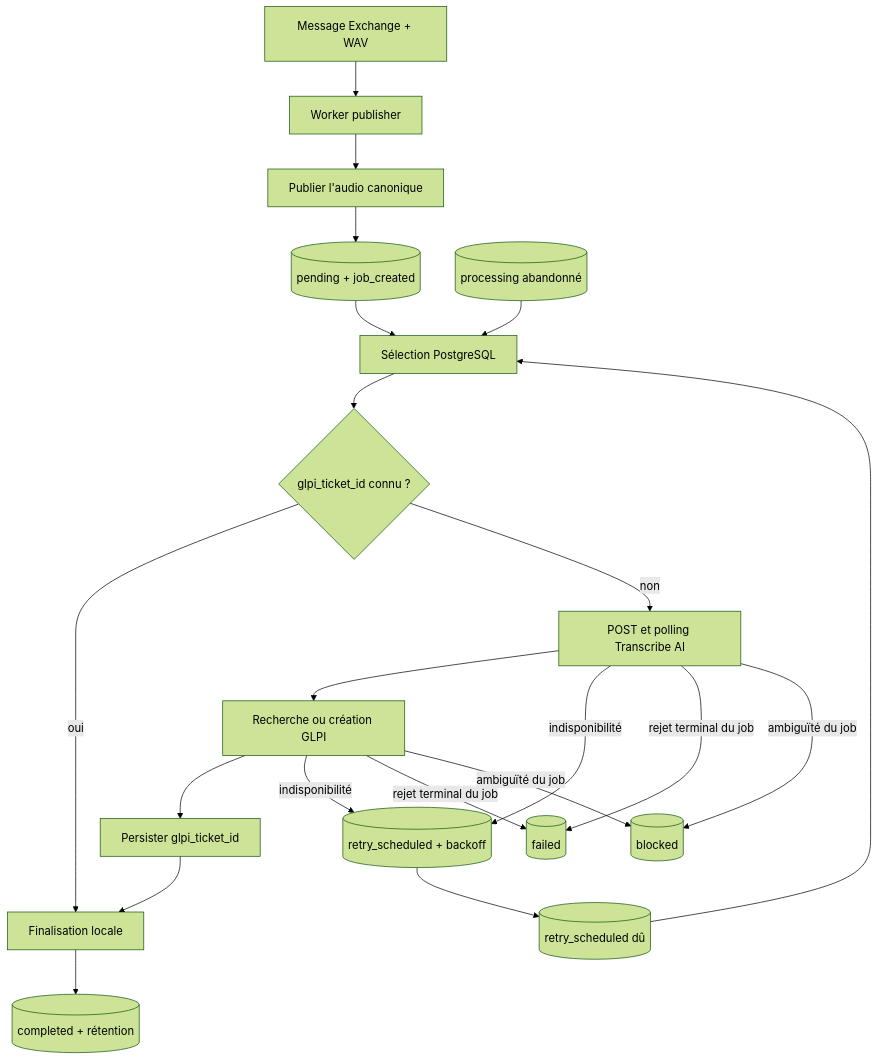
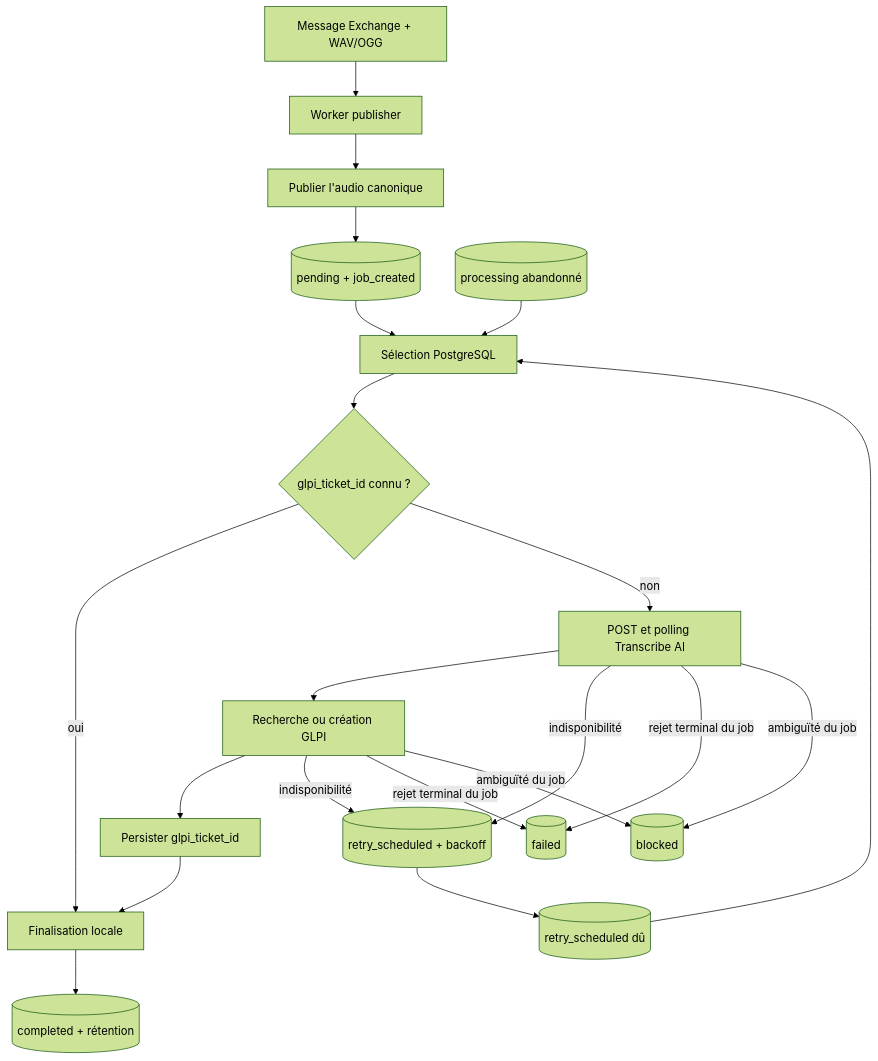
The second of 2 diagrams in README.md (dev-vauclaire/mevo2glpi), drawn with Mermaid (forest theme) before and after one commit. The commit also changed other lines of this file and 36 other files, not shown here.

Commit message:
feat(publisher): accept ogg audio and replay rejected ingestions

````diff
--- a/README.md
+++ b/README.md
@@ -108,26 +108,26 @@
 ```mermaid
 flowchart TD
-    Exchange[Message Exchange + WAV] --> Publish[Worker publisher]
+    Exchange[Message Exchange + WAV/OGG] --> Publish[Worker publisher]
     Publish --> Audio[Publier l'audio canonique]
     Audio --> Pending[(pending + job_created)]
     Pending --> Select[Sélection PostgreSQL]
     RetryDue[(retry_scheduled dû)] --> Select
     Resume[(processing abandonné)] --> Select
 
     Select --> Known{glpi_ticket_id connu ?}
     Known -->|oui| Finalize[Finalisation locale]
     Known -->|non| Transcribe[POST et polling Transcribe AI]
     Transcribe --> Ticket[Recherche ou création GLPI]
     Ticket --> Persist[Persister glpi_ticket_id]
     Persist --> Finalize
     Finalize --> Completed[(completed + rétention)]
 
     Transcribe -->|indisponibilité| Retry[(retry_scheduled + backoff)]
     Ticket -->|indisponibilité| Retry
     Retry --> RetryDue
 
     Transcribe -->|rejet terminal du job| Failed[(failed)]
     Ticket -->|rejet terminal du job| Failed
     Transcribe -->|ambiguïté du job| Blocked[(blocked)]
     Ticket -->|ambiguïté du job| Blocked
 ```
````
